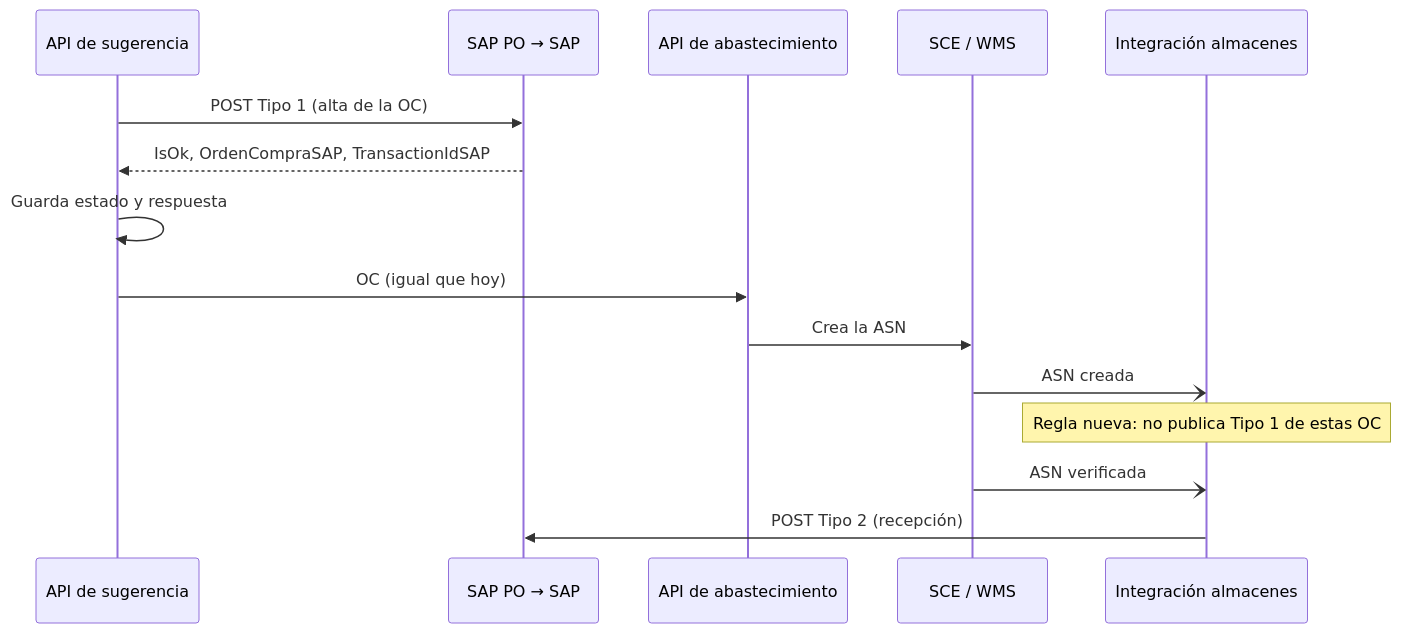
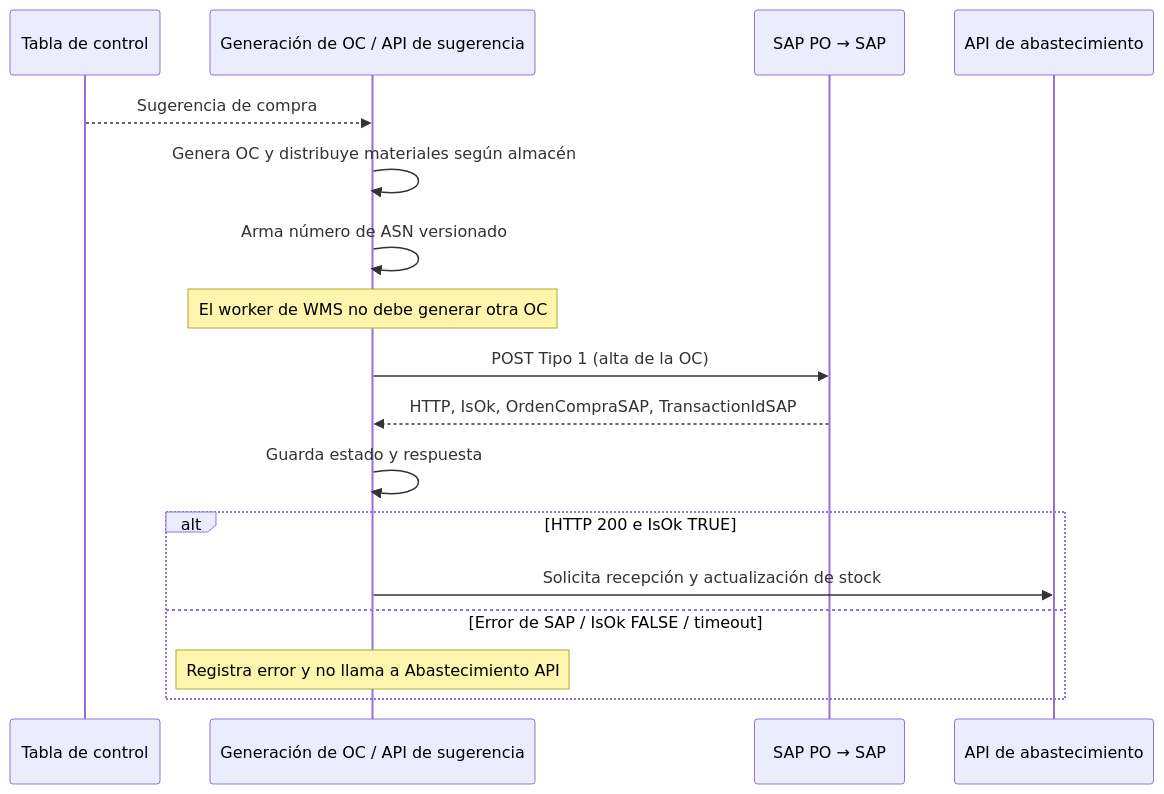
One commit to eblasiAndreani/workspace-operativo changed the second of 2 diagrams in diagrams/facturacion-sap.md. Above: the diagram before and after it, drawn with Mermaid. The commit also changed other lines of this file and 5 other files, not shown here.

Commit message:
Revise proposed purchase order and SAP reception flow

````diff
--- a/diagrams/facturacion-sap.md
+++ b/diagrams/facturacion-sap.md
@@ -170,18 +174,20 @@
 ```mermaid
 sequenceDiagram
-    participant SUG as API de sugerencia
+    participant CTRL as Tabla de control
+    participant SUG as Generación de OC / API de sugerencia
     participant SAP as SAP PO → SAP
     participant ABA as API de abastecimiento
-    participant WMS as SCE / WMS
-    participant ALM as Integración almacenes
 
+    CTRL-->>SUG: Sugerencia de compra
+    SUG->>SUG: Genera OC y distribuye materiales según almacén
+    SUG->>SUG: Arma número de ASN versionado
+    Note over SUG: El worker de WMS no debe generar otra OC
     SUG->>SAP: POST Tipo 1 (alta de la OC)
-    SAP-->>SUG: IsOk, OrdenCompraSAP, TransactionIdSAP
+    SAP-->>SUG: HTTP, IsOk, OrdenCompraSAP, TransactionIdSAP
     SUG->>SUG: Guarda estado y respuesta
-    SUG->>ABA: OC (igual que hoy)
-    ABA->>WMS: Crea la ASN
-    WMS-)ALM: ASN creada
-    Note over ALM: Regla nueva: no publica Tipo 1 de estas OC
-    WMS-)ALM: ASN verificada
-    ALM->>SAP: POST Tipo 2 (recepción)
+    alt HTTP 200 e IsOk TRUE
+        SUG->>ABA: Solicita recepción y actualización de stock
+    else Error de SAP / IsOk FALSE / timeout
+        Note over SUG: Registra error y no llama a Abastecimiento API
+    end
 ```
````
